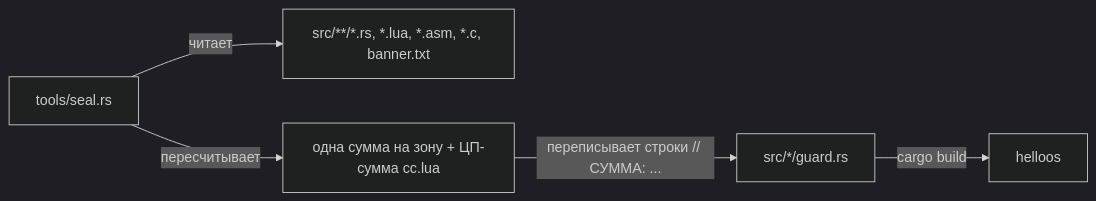
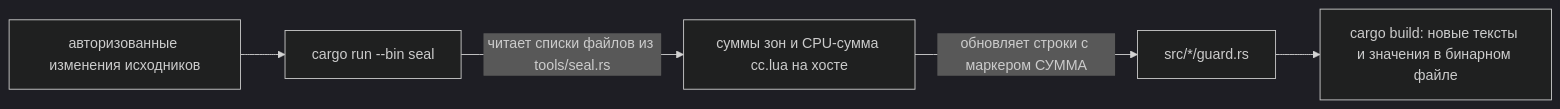
Diagram 24 of 40 in чертежи.md (loki5512344ss/SummumOS), drawn with Mermaid (dark theme) before and after one commit. The commit also changed other lines of this file and 40 other files, not shown here.

````diff
--- a/чертежи.md
+++ b/чертежи.md
@@ -605,7 +641,7 @@
 ```mermaid
 graph LR
-    seal["tools/seal.rs"] -->|"читает"| files["src/**/*.rs, *.lua, *.asm, *.c, banner.txt"]
-    seal -->|"пересчитывает"| sums["одна сумма на зону + ЦП-сумма cc.lua"]
-    sums -->|"переписывает строки // СУММА: ..."| guards["src/*/guard.rs"]
-    guards -->|"cargo build"| binary["helloos"]
+    approved["авторизованные изменения исходников"] --> seal["cargo run --bin seal"]
+    seal -->|"читает списки файлов из tools/seal.rs"| sums["суммы зон и CPU-сумма cc.lua на хосте"]
+    sums -->|"обновляет строки с маркером СУММА"| guards["src/*/guard.rs"]
+    guards --> build["cargo build: новые тексты и значения в бинарном файле"]
 ```
````
